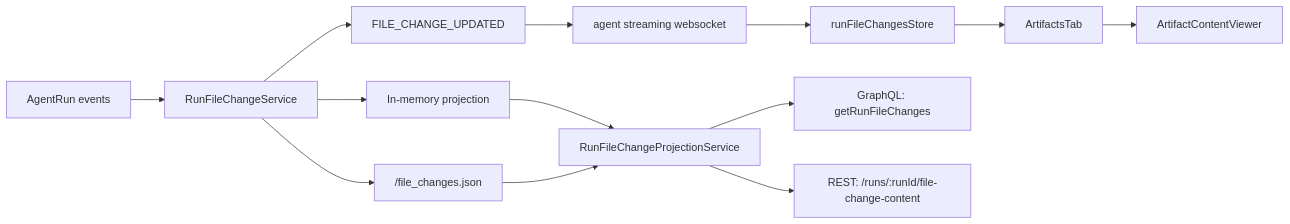
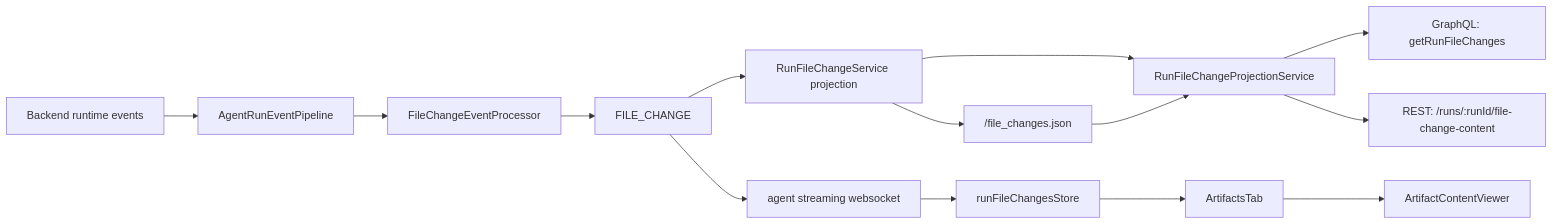
One commit to AutoByteus/autobyteus-workspace changed the diagram in autobyteus-web/docs/agent_artifacts.md. Above: the diagram before and after it, drawn with Mermaid. The commit also changed other lines of this file and 72 other files, not shown here.

````diff
--- a/autobyteus-web/docs/agent_artifacts.md
+++ b/autobyteus-web/docs/agent_artifacts.md
@@ -41,16 +41,17 @@
 ```mermaid
 flowchart LR
-  A["AgentRun events"] --> B["RunFileChangeService"]
-  B --> C["In-memory projection"]
-  B --> D["<memoryDir>/file_changes.json"]
-  B --> E["FILE_CHANGE_UPDATED"]
-  E --> F["agent streaming websocket"]
-  F --> G["runFileChangesStore"]
-  G --> H["ArtifactsTab"]
-  H --> I["ArtifactContentViewer"]
+  A["Backend runtime events"] --> B["AgentRunEventPipeline"]
+  B --> C["FileChangeEventProcessor"]
+  C --> D["FILE_CHANGE"]
+  D --> E["RunFileChangeService projection"]
+  E --> F["<memoryDir>/file_changes.json"]
+  D --> G["agent streaming websocket"]
+  G --> H["runFileChangesStore"]
+  H --> I["ArtifactsTab"]
+  I --> J["ArtifactContentViewer"]
 
-  C --> J["RunFileChangeProjectionService"]
-  D --> J
-  J --> K["GraphQL: getRunFileChanges"]
-  J --> L["REST: /runs/:runId/file-change-content"]
+  E --> K["RunFileChangeProjectionService"]
+  F --> K
+  K --> L["GraphQL: getRunFileChanges"]
+  K --> M["REST: /runs/:runId/file-change-content"]
 ```
````
